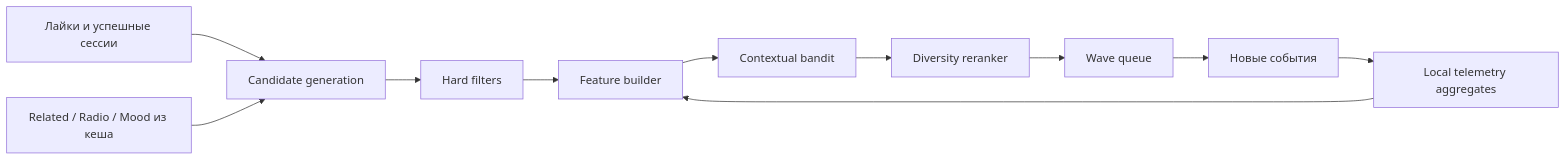
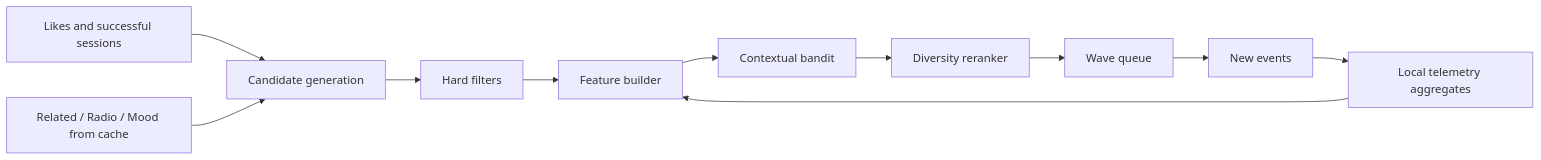
Before and after one commit to dmitry-minchuk/youtube-music-tuner: the diagram in docs/05-recommendation-engine.md, drawn with Mermaid. The commit also changed other lines of this file and 21 other files, not shown here.

````diff
--- a/docs/05-recommendation-engine.md
+++ b/docs/05-recommendation-engine.md
@@ -16,13 +16,13 @@
 ```mermaid
 flowchart LR
-    S["Лайки и успешные сессии"] --> C["Candidate generation"]
-    Y["Related / Radio / Mood из кеша"] --> C
+    S["Likes and successful sessions"] --> C["Candidate generation"]
+    Y["Related / Radio / Mood from cache"] --> C
     C --> H["Hard filters"]
     H --> F["Feature builder"]
     T["Local telemetry aggregates"] --> F
     F --> B["Contextual bandit"]
     B --> D["Diversity reranker"]
     D --> Q["Wave queue"]
-    Q --> E["Новые события"]
+    Q --> E["New events"]
     E --> T
 ```
````
